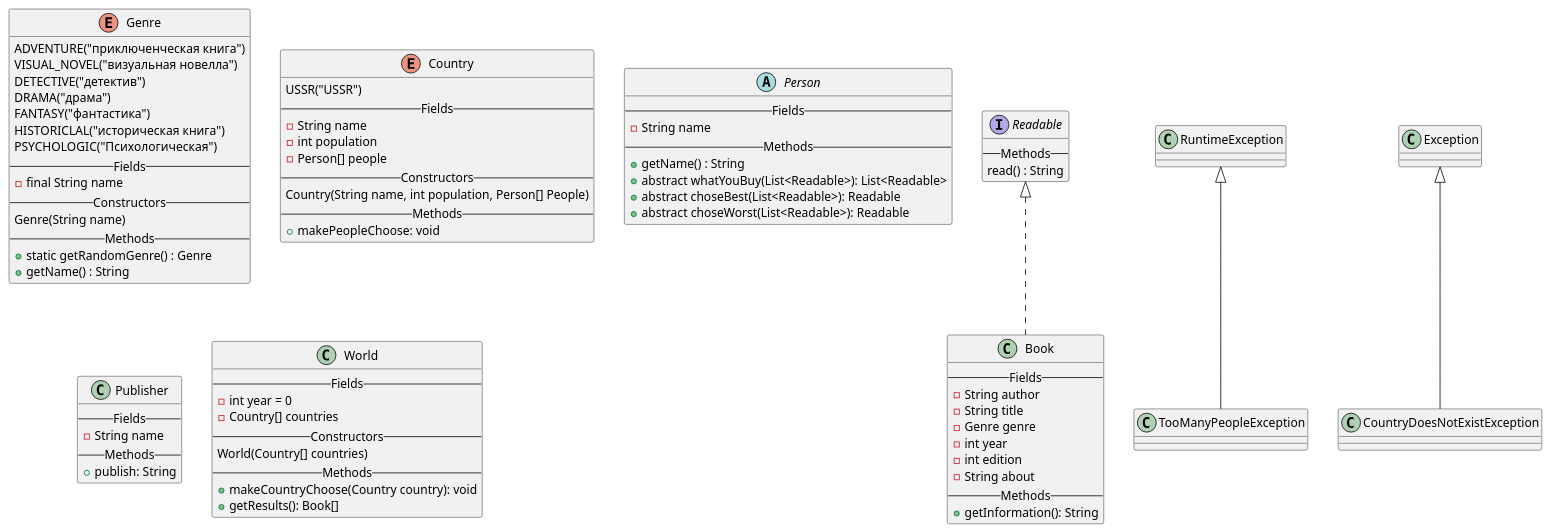
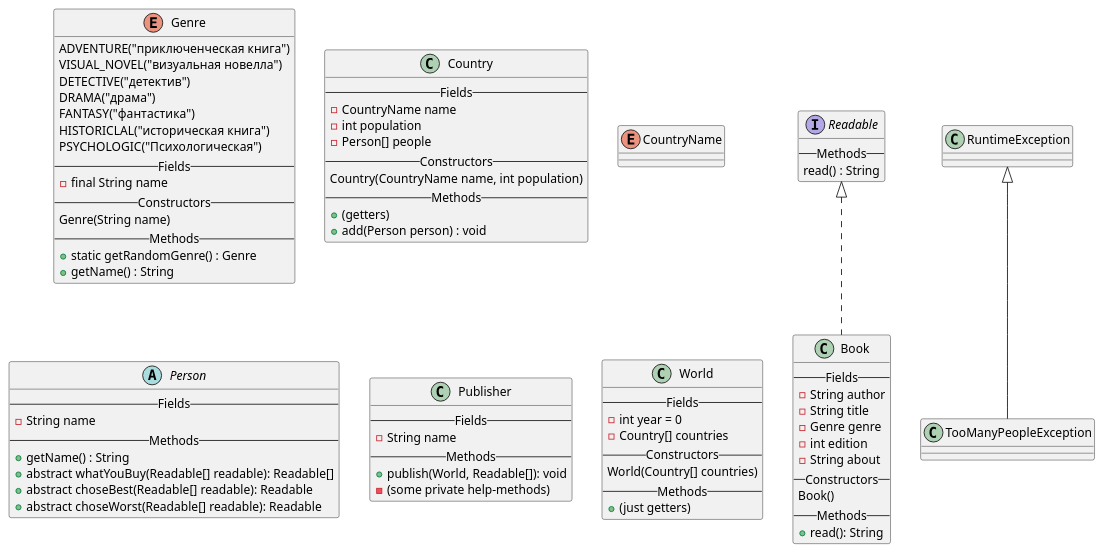
Before and after one commit to Andryss/TheBestRealizationLabWork4: the diagram in TheBestUML.puml, drawn with PlantUML. The commit also changed 1 other file, not shown here.

Commit message:
1) make Country class (not enum) 2) I think World must be Singleton pattern 3) add enum CountryName (just idea) 4) I think that Publisher should invoke Person methods  (or I don't understand your idea) 5) we have 1 useless exception (CountryDoesNotExistException) 6) beauty-changes

```diff
--- a/TheBestUML.puml
+++ b/TheBestUML.puml
@@ -1,109 +1,123 @@
 @startuml
 'Текст задания:
 '
 'Издательская компания «Эксмо» совместно с Hoff представила данные по
 'книжным предпочтениям россиян в 2021 году: абсолютным лидером продаж
 'стали книги (издание и переиздание) Михаила Лабковского «Хочу и буду»,
 'сообщили в пресс-службе.
 '
 'Книги психолога лидировали по продажам по всей стране: за год было
 'продано более 129 тыс. экземпляров первого издания и 34,5 тыс. второго.
 '
 'На втором месте по популярности у покупателей детектив «Внутри убийцы»
 'израильского писателя Майка Омера (более 92 тыс. экземпляров) про
 'криминального психолога-женщину, расследующую череду жестоких
 'преступлений. Тройку лидеров продаж замыкает роман «Transhumanism inc.»
 'Виктора Пелевина — новинка российского автора разошлась в количестве 71
 'тыс. экземпляров.
 
 enum Genre {
 ADVENTURE("приключенческая книга")
 VISUAL_NOVEL("визуальная новелла")
 DETECTIVE("детектив")
 DRAMA("драма")
 FANTASY("фантастика")
 HISTORICLAL("историческая книга")
 PSYCHOLOGIC("Психологическая")
 --Fields--
 - final String name
 --Constructors--
 Genre(String name)
 --Methods--
-'do not forget about collisions:
-'do not return same object twice
-'it may cause some problems since objects would have the same link
+'dont understand "collision problem"
+'I think all is OK
 + static getRandomGenre() : Genre
 + getName() : String
 }
 
-enum Country{
-'some countries
-USSR("USSR")
+'i think it is bad idea to use ENUM here
+'Country should be class
+'but countryName should be enum (maybe inner enum?)
+'so we will create OUR country by using "add" method
+class Country{
 --Fields--
-- String name
+- CountryName name
 - int population
 - Person[] people
 --Constructors--
-Country(String name, int population, Person[] People)
+'this changes makes 1 Exception useless
+Country(CountryName name, int population)
+'in this constructor we create Person[population]
 --Methods--
-+makePeopleChoose: void
+'i think Publisher class should makePeopleChoice
++ (getters)
++ add(Person person) : void
+}
+
+enum CountryName {
+'just an idea
 }
 
 interface Readable {
 --Methods--
 read() : String
 }
 
 class Book implements Readable {
 --Fields--
-'too many fields, maybe we should reduce it's number
+'delete year field
 - String author
 - String title
 - Genre genre
-- int year
 - int edition
 - String about
+--Constructors--
+Book()
 --Methods--
-'maybe we can store info about book just as String
-'and return it
-+getInformation(): String
+'there is the method, which mix all info
+'about book in one String and return it
++ read(): String
+'it is read, because Readable
 }
 
 
 abstract class Person {
 --Fields--
 - String name
 --Methods--
 + getName() : String
-+ abstract whatYouBuy(List<Readable>): List<Readable>
-+ abstract choseBest(List<Readable>): Readable
-+ abstract choseWorst(List<Readable>): Readable
++ abstract whatYouBuy(Readable[] readable): Readable[]
++ abstract choseBest(Readable[] readable): Readable
++ abstract choseWorst(Readable[] readable): Readable
 }
 
-'dont think it should be abstract
 class Publisher {
 --Fields--
 - String name
 --Methods--
-+ publish: String
+'i think it should be void but print all info in stdout
+'this method should ask all people in the World about Readable[]
++ publish(World, Readable[]): void
+- (some private help-methods)
 }
 
 class World {
 --Fields--
 - int year = 0
 - Country[] countries
 --Constructors--
 World(Country[] countries)
 --Methods--
-'this method takes country and invokes methods
-'whatyoubuy and choosebest/worst for all people in it
-+ makeCountryChoose(Country country): void
-+ getResults(): Book[]
+'i think publisher must ask persons
+'+ makeCountryChoose(Country country): void
+'+ getResults(): Book[]
++ (just getters)
 }
 
 class TooManyPeopleException extends RuntimeException {
 }
 
-class CountryDoesNotExistException extends Exception {
-}
+'useless exception
+'class CountryDoesNotExistException extends Exception {
+'}
 @enduml
```
